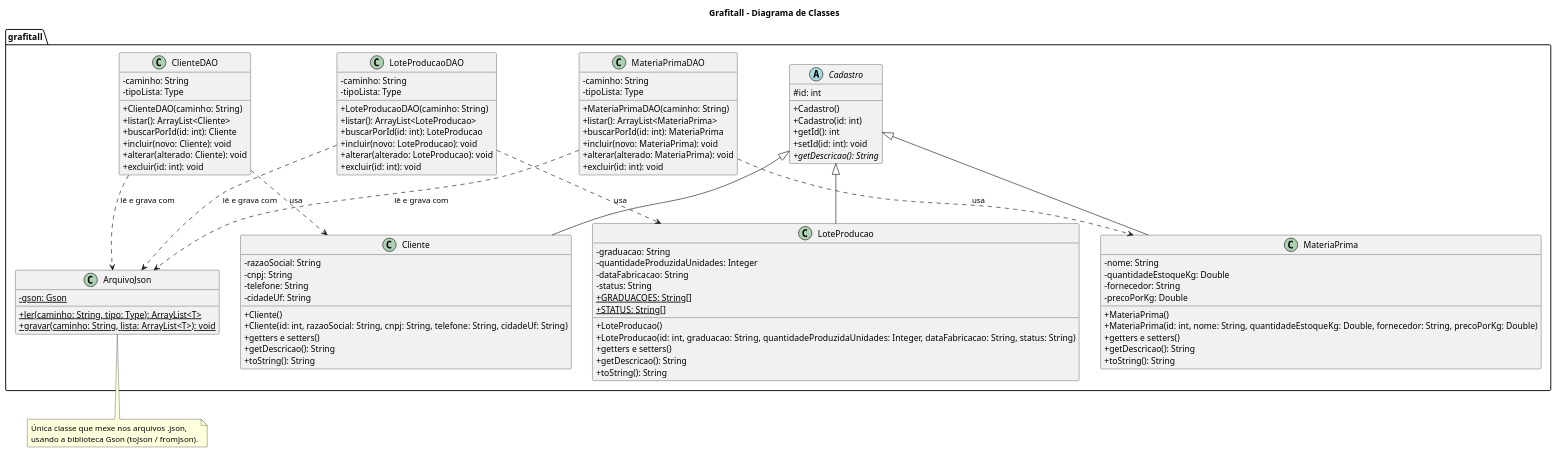
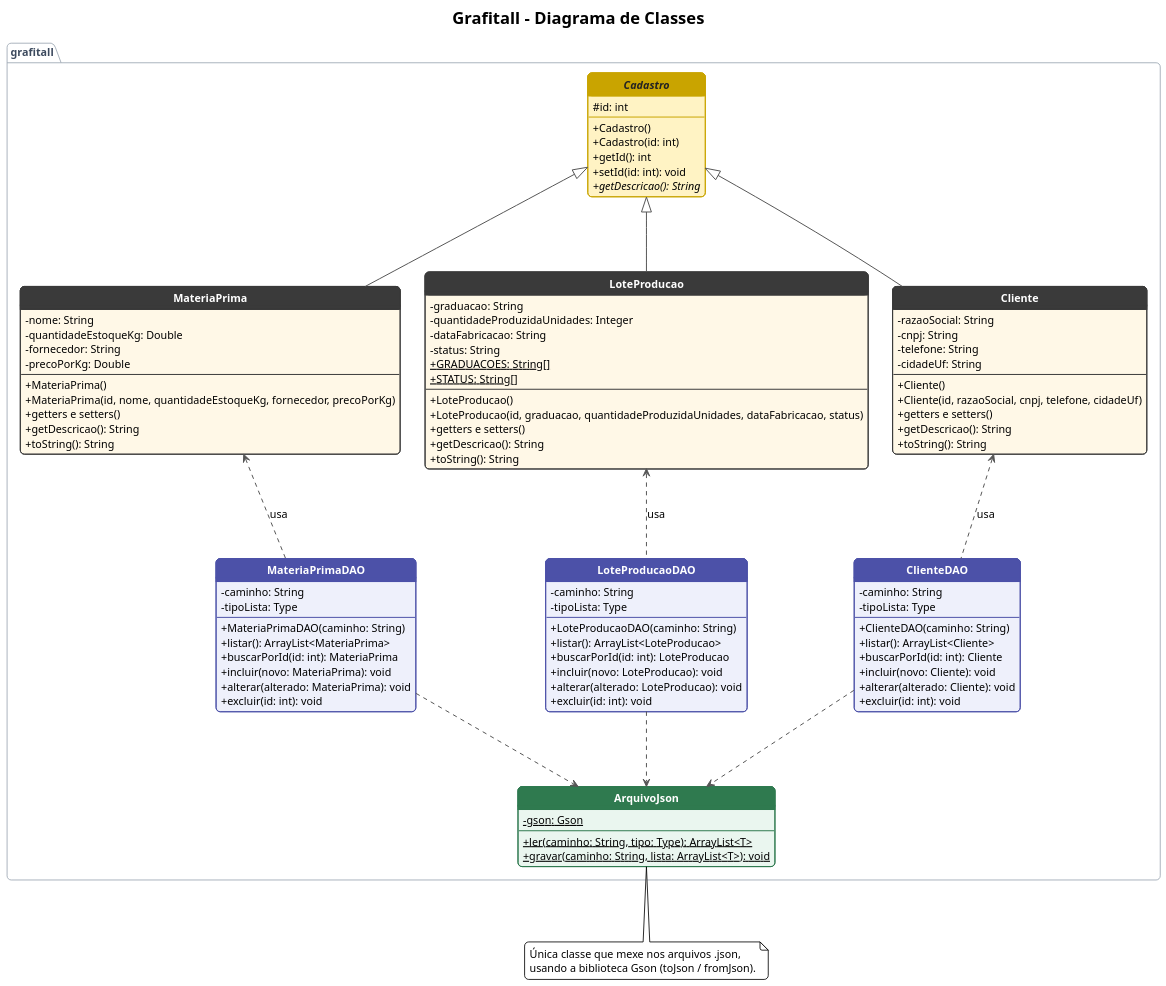
The diagram in uml/diagrama-classes.puml (toybile/Grafitall-LP2), drawn with PlantUML before and after one commit. The commit also changed 4 other files, not shown here.

Commit message:
Diagramas de classes e casos de uso redesenhados, com imagens no README

```diff
--- a/uml/diagrama-classes.puml
+++ b/uml/diagrama-classes.puml
@@ -1,117 +1,159 @@
 @startuml diagrama-classes
 ' Diagrama de classes do Grafitall (fonte em PlantUML).
 ' Notação: "-" = private, "+" = public, "#" = protected, sublinhado = static,
 ' itálico = abstrato. Seta com triângulo vazado (<|--) = herança (extends).
 ' Seta tracejada com ponta aberta (..>) = "usa" (dependência).
 
 title Grafitall - Diagrama de Classes
+!theme plain
+skinparam dpi 130
+skinparam defaultFontName Arial
+skinparam defaultFontSize 13
+skinparam shadowing false
+skinparam roundCorner 10
 skinparam classAttributeIconSize 0
+skinparam nodesep 30
+skinparam ranksep 90
+skinparam ArrowColor #555555
+skinparam ArrowThickness 1.2
+skinparam TitleFontSize 20
+skinparam TitleFontStyle bold
+skinparam class {
+  BorderThickness 1.2
+  FontStyle bold
+  BackgroundColor #FFF8E7
+  HeaderBackgroundColor #3A3A3A
+  BorderColor #3A3A3A
+  FontColor #FFFFFF
+}
+skinparam class<<Base>> {
+  BackgroundColor #FFF3C4
+  HeaderBackgroundColor #C9A400
+  BorderColor #C9A400
+  FontColor #222222
+}
+skinparam class<<DAO>> {
+  BackgroundColor #EEF0FB
+  HeaderBackgroundColor #4C51A8
+  BorderColor #4C51A8
+}
+skinparam class<<Json>> {
+  BackgroundColor #EAF6EF
+  HeaderBackgroundColor #2F7A4F
+  BorderColor #2F7A4F
+}
+skinparam package {
+  BorderColor #9AA5B1
+  FontColor #3C4A5E
+}
+hide circle
+hide stereotype
 hide empty members
 
 package grafitall {
 
-  abstract class Cadastro {
+  abstract class Cadastro <<Base>> {
     # id: int
     + Cadastro()
     + Cadastro(id: int)
     + getId(): int
     + setId(id: int): void
     + {abstract} getDescricao(): String
   }
 
   class MateriaPrima {
     - nome: String
     - quantidadeEstoqueKg: Double
     - fornecedor: String
     - precoPorKg: Double
     + MateriaPrima()
-    + MateriaPrima(id: int, nome: String, quantidadeEstoqueKg: Double, fornecedor: String, precoPorKg: Double)
+    + MateriaPrima(id, nome, quantidadeEstoqueKg, fornecedor, precoPorKg)
     + getters e setters()
     + getDescricao(): String
     + toString(): String
   }
 
   class LoteProducao {
     - graduacao: String
     - quantidadeProduzidaUnidades: Integer
     - dataFabricacao: String
     - status: String
     + {static} GRADUACOES: String[]
     + {static} STATUS: String[]
     + LoteProducao()
-    + LoteProducao(id: int, graduacao: String, quantidadeProduzidaUnidades: Integer, dataFabricacao: String, status: String)
+    + LoteProducao(id, graduacao, quantidadeProduzidaUnidades, dataFabricacao, status)
     + getters e setters()
     + getDescricao(): String
     + toString(): String
   }
 
   class Cliente {
     - razaoSocial: String
     - cnpj: String
     - telefone: String
     - cidadeUf: String
     + Cliente()
-    + Cliente(id: int, razaoSocial: String, cnpj: String, telefone: String, cidadeUf: String)
+    + Cliente(id, razaoSocial, cnpj, telefone, cidadeUf)
     + getters e setters()
     + getDescricao(): String
     + toString(): String
   }
 
-  class MateriaPrimaDAO {
+  class MateriaPrimaDAO <<DAO>> {
     - caminho: String
     - tipoLista: Type
     + MateriaPrimaDAO(caminho: String)
     + listar(): ArrayList<MateriaPrima>
     + buscarPorId(id: int): MateriaPrima
     + incluir(novo: MateriaPrima): void
     + alterar(alterado: MateriaPrima): void
     + excluir(id: int): void
   }
 
-  class LoteProducaoDAO {
+  class LoteProducaoDAO <<DAO>> {
     - caminho: String
     - tipoLista: Type
     + LoteProducaoDAO(caminho: String)
     + listar(): ArrayList<LoteProducao>
     + buscarPorId(id: int): LoteProducao
     + incluir(novo: LoteProducao): void
     + alterar(alterado: LoteProducao): void
     + excluir(id: int): void
   }
 
-  class ClienteDAO {
+  class ClienteDAO <<DAO>> {
     - caminho: String
     - tipoLista: Type
     + ClienteDAO(caminho: String)
     + listar(): ArrayList<Cliente>
     + buscarPorId(id: int): Cliente
     + incluir(novo: Cliente): void
     + alterar(alterado: Cliente): void
     + excluir(id: int): void
   }
 
-  class ArquivoJson {
+  class ArquivoJson <<Json>> {
     - {static} gson: Gson
     + {static} ler(caminho: String, tipo: Type): ArrayList<T>
     + {static} gravar(caminho: String, lista: ArrayList<T>): void
   }
 }
 
 Cadastro <|-- MateriaPrima
 Cadastro <|-- LoteProducao
 Cadastro <|-- Cliente
 
-MateriaPrimaDAO ..> MateriaPrima : usa
-LoteProducaoDAO ..> LoteProducao : usa
-ClienteDAO ..> Cliente : usa
+MateriaPrima <.. MateriaPrimaDAO : usa
+LoteProducao <.. LoteProducaoDAO : usa
+Cliente <.. ClienteDAO : usa
 
-MateriaPrimaDAO ..> ArquivoJson : lê e grava com
-LoteProducaoDAO ..> ArquivoJson : lê e grava com
-ClienteDAO ..> ArquivoJson : lê e grava com
+MateriaPrimaDAO ..> ArquivoJson
+LoteProducaoDAO ..> ArquivoJson
+ClienteDAO ..> ArquivoJson
 
 note bottom of ArquivoJson
   Única classe que mexe nos arquivos .json,
   usando a biblioteca Gson (toJson / fromJson).
 end note
 
 @enduml
```
